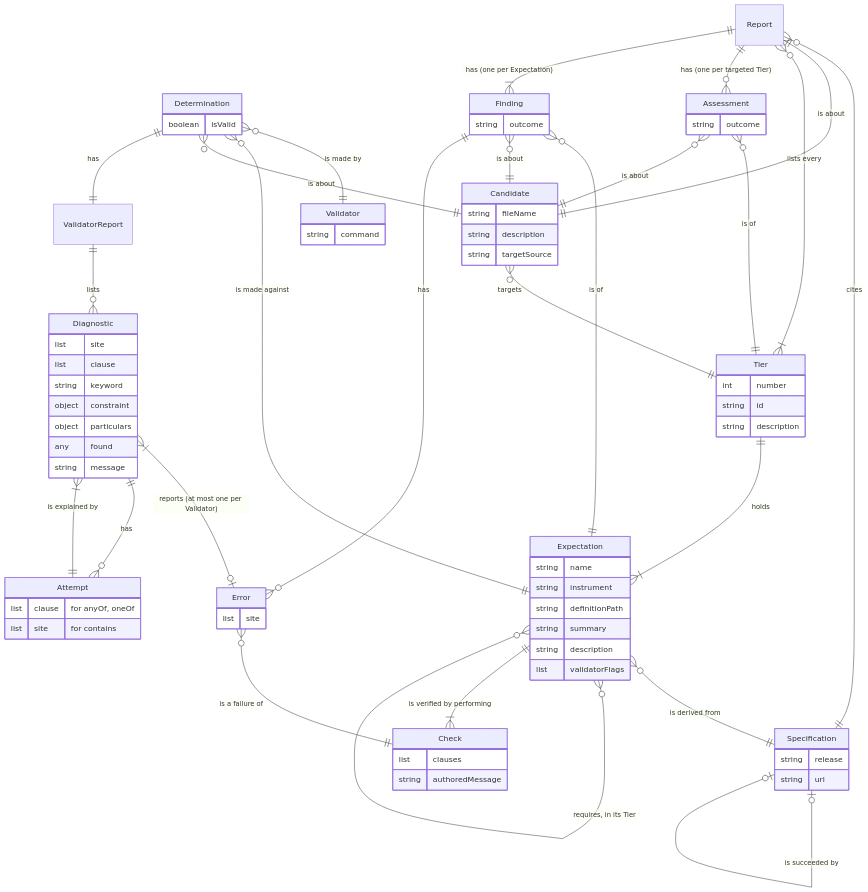
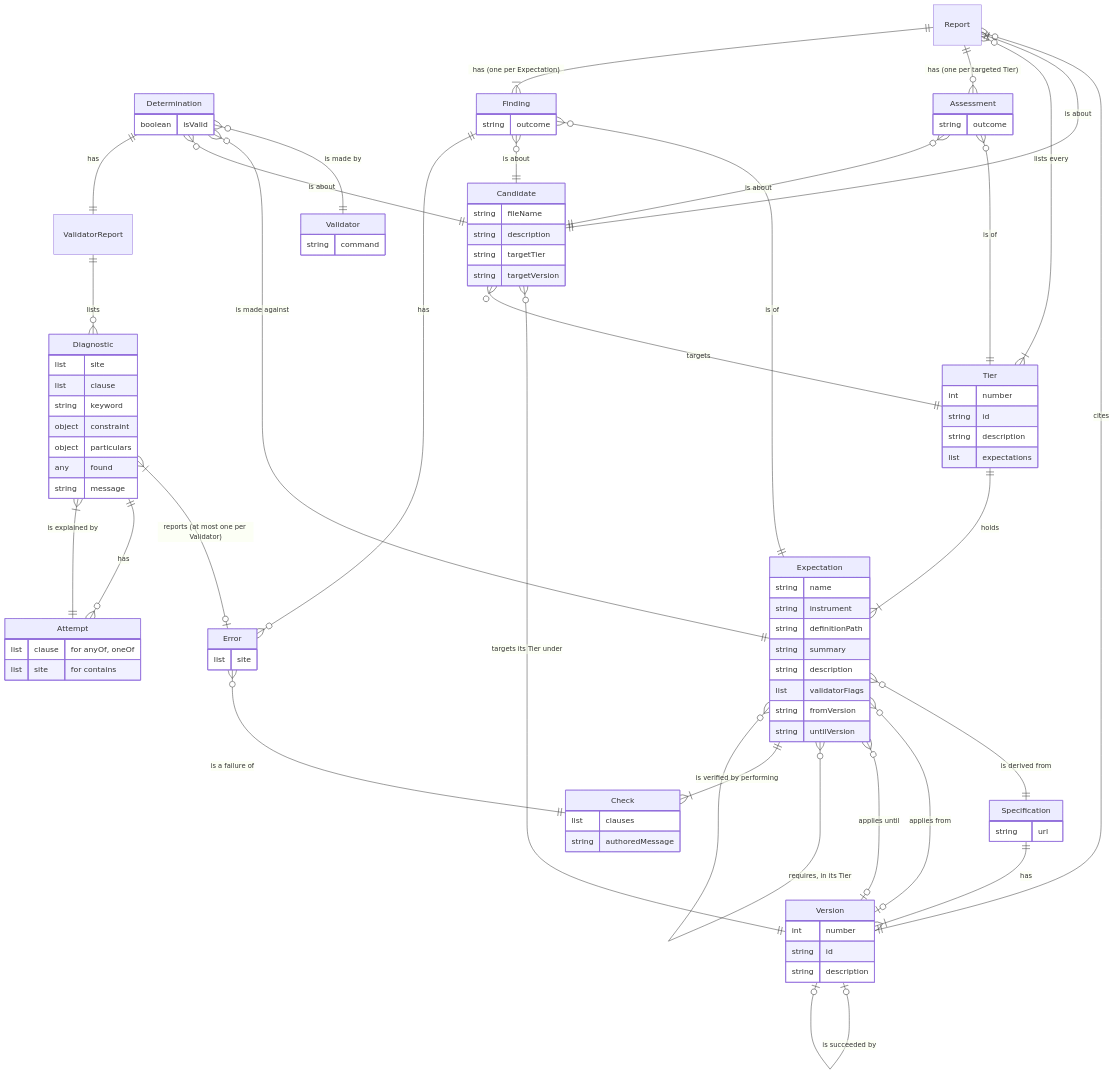
One commit to transparency-certified/tro-checks changed the diagram in models/checker-erd.md. Above: the diagram before and after it, drawn with Mermaid. The commit also changed 76 other files, not shown here.

````diff
--- a/models/checker-erd.md
+++ b/models/checker-erd.md
@@ -5,22 +5,32 @@
 ```mermaid
 erDiagram
     Specification {
-        string release
         string url
     }
-    Report }o--|| Specification : cites
+    Version {
+        int number
+        string id
+        string description
+    }
+    Specification ||--|{ Version : has
+    Version |o--o| Version : "is succeeded by"
+    Report }o--|| Version : cites
     Expectation }o--|| Specification : "is derived from"
-    Specification |o--o| Specification : "is succeeded by"
+    Expectation }o--o| Version : "applies from"
+    Expectation }o--o| Version : "applies until"
+    Candidate }o--|| Version : "targets its Tier under"
 
     Candidate {
         string fileName
         string description
-        string targetSource
+        string targetTier
+        string targetVersion
     }
     Tier {
         int number
         string id
         string description
+        list expectations
     }
     Expectation {
         string name
@@ -29,6 +39,8 @@
         string summary
         string description
         list validatorFlags
+        string fromVersion
+        string untilVersion
     }
     Validator {
         string command
````
